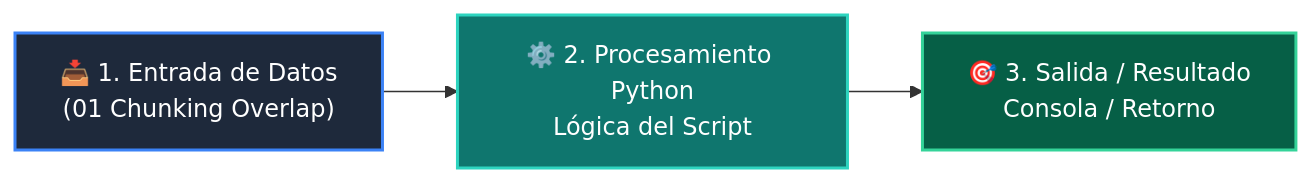
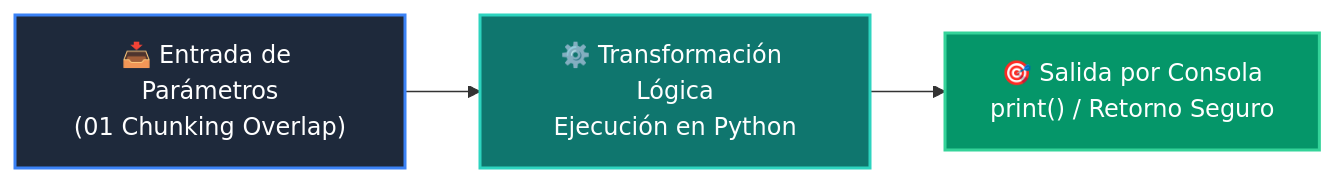
Before and after one commit to wisrovi/wisrovi-python: the diagram in 03-agentes-ia/clase-06-arquitecturas-rag/ejemplos/ejemplo_01_chunking_overlap/README.md, drawn with Mermaid. The commit also changed other lines of this file and 226 other files, not shown here.

Commit message:
docs: elevate all repository READMEs to world-class mastery standard with rich pedagogical architecture, custom Mermaids, and professional styling

````diff
--- a/03-agentes-ia/clase-06-arquitecturas-rag/ejemplos/ejemplo_01_chunking_overlap/README.md
+++ b/03-agentes-ia/clase-06-arquitecturas-rag/ejemplos/ejemplo_01_chunking_overlap/README.md
@@ -12,9 +19,9 @@
 ```mermaid
 flowchart LR
-    A["📥 1. Entrada de Datos<br/>(01 Chunking Overlap)"] --> B["⚙️ 2. Procesamiento Python<br/>Lógica del Script"]
-    B --> C["🎯 3. Salida / Resultado<br/>Consola / Retorno"]
+    A["📥 Entrada de Parámetros<br/>(01 Chunking Overlap)"] --> B["⚙️ Transformación Lógica<br/>Ejecución en Python"]
+    B --> C["🎯 Salida por Consola<br/>print() / Retorno Seguro"]
 
-    style A fill:#1e293b,color:#fff,stroke:#3b82f6,stroke-width:2px
-    style B fill:#0f766e,color:#fff,stroke:#2dd4bf,stroke-width:2px
-    style C fill:#065f46,color:#fff,stroke:#34d399,stroke-width:2px
+    style A fill:#1e293b,color:#ffffff,stroke:#3b82f6,stroke-width:2px
+    style B fill:#0f766e,color:#ffffff,stroke:#2dd4bf,stroke-width:2px
+    style C fill:#059669,color:#ffffff,stroke:#34d399,stroke-width:2px
 ```
````
